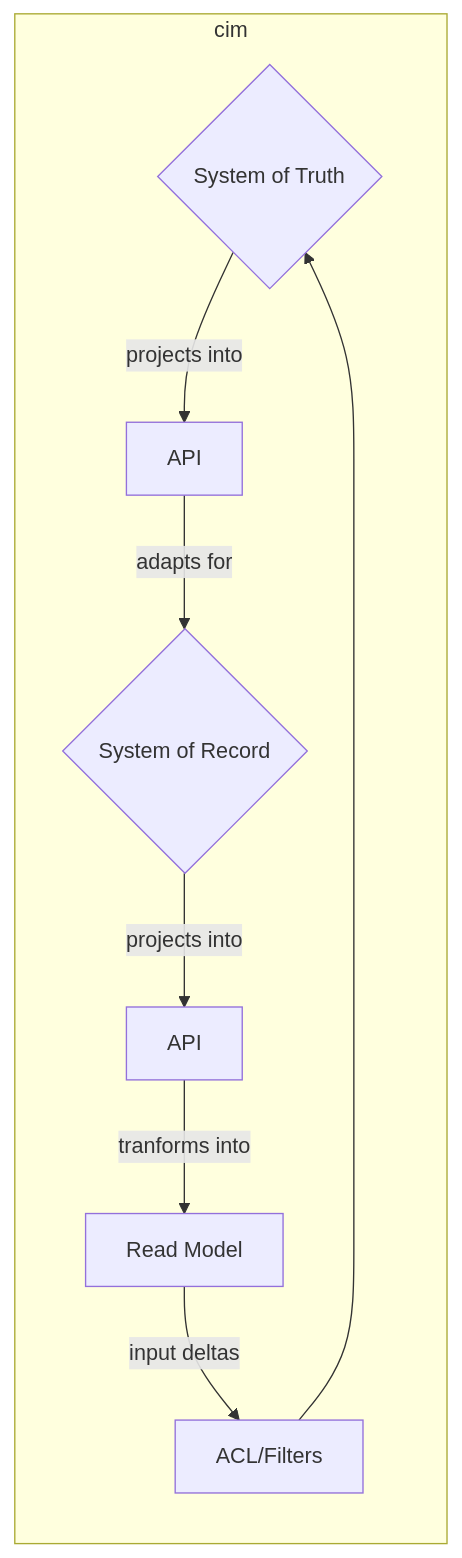
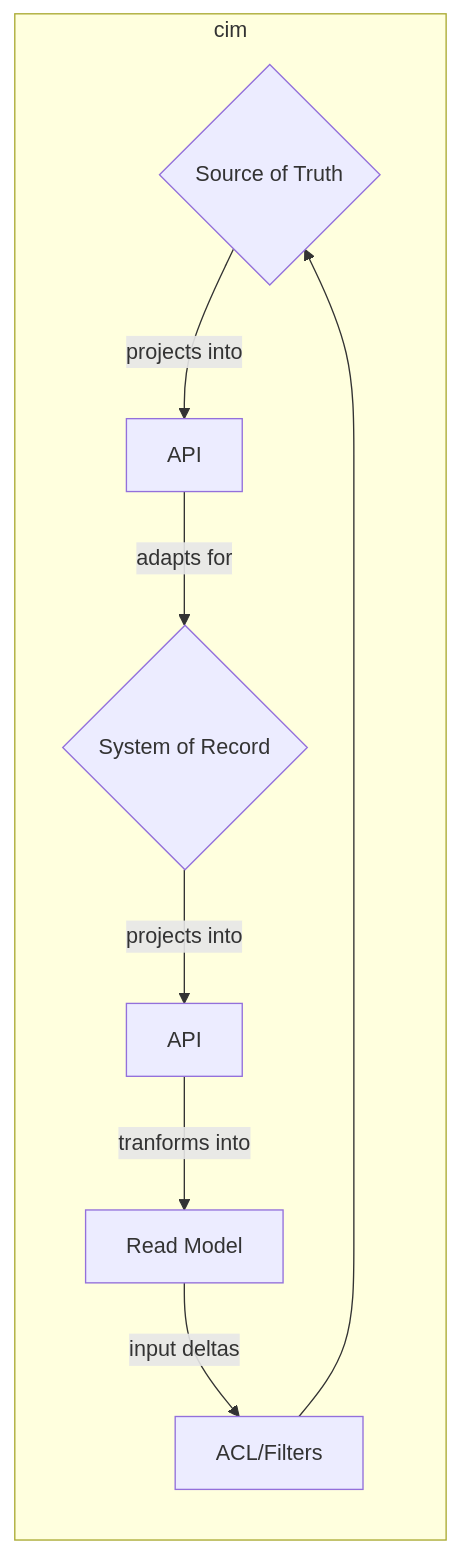
Before and after one commit to AmaranthosLabs/AmaranthosLabs: the diagram in doc/cim.mermaid, drawn with Mermaid. The commit also changed 5 other files, not shown here.

```diff
--- a/doc/cim.mermaid
+++ b/doc/cim.mermaid
@@ -1,5 +1,5 @@
 graph LR   
 subgraph cim
-SOT{System of Truth} -->|projects into| sotAPI[API] -->|adapts for| SOR{System of Record} -->|projects into| rmAPI[API] -->|tranforms into| RM[Read Model]
+SOT{Source of Truth} -->|projects into| sotAPI[API] -->|adapts for| SOR{System of Record} -->|projects into| rmAPI[API] -->|tranforms into| RM[Read Model]
 RM -->|input deltas| acl[ACL/Filters] --> SOT
 end
```
